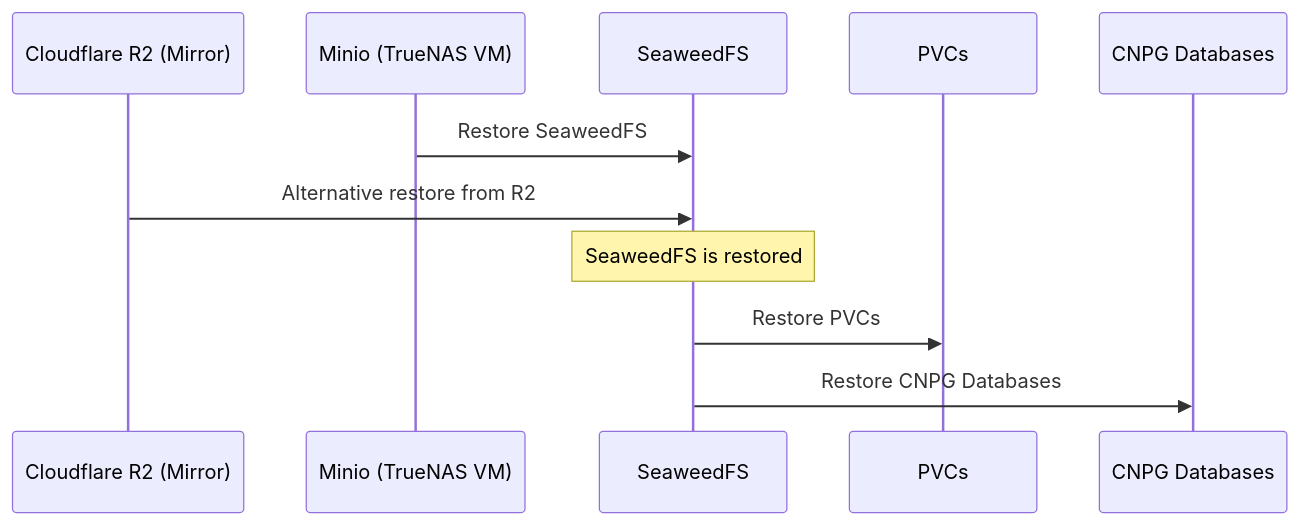
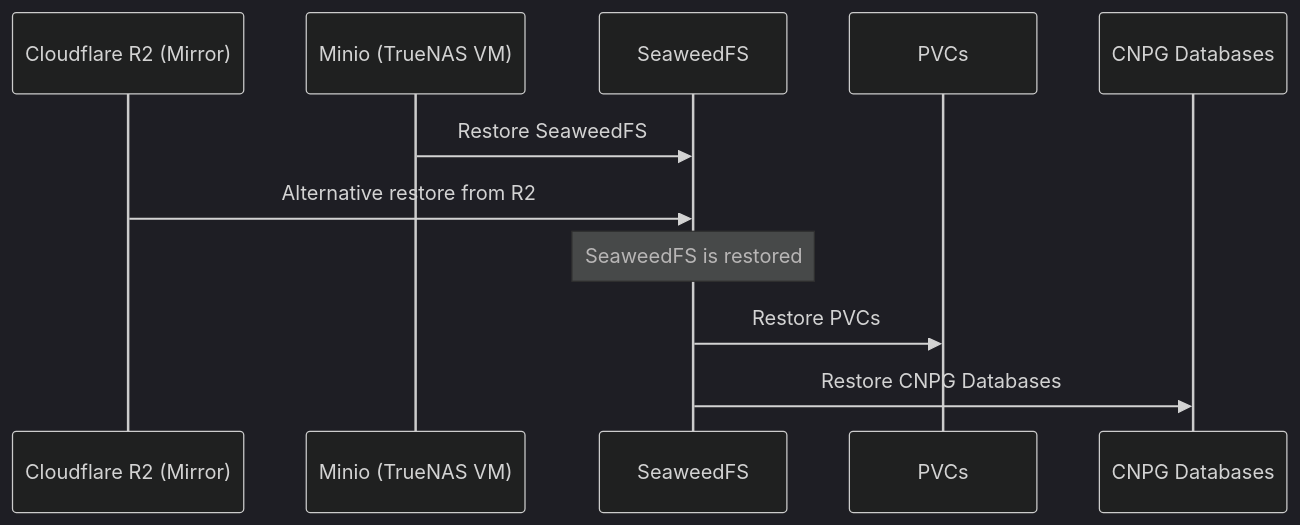
Before and after one commit to blake-hamm/bhamm-lab: the second of 2 diagrams in docker/docs-site/docs/backups/index.md, drawn with Mermaid.

Commit message:
Adjust theme for data recovery mermaid diagram

````diff
--- a/docker/docs-site/docs/backups/index.md
+++ b/docker/docs-site/docs/backups/index.md
@@ -33,14 +33,18 @@
 ```mermaid
+---
+config:
+  theme: 'dark'
+---
 sequenceDiagram
     participant r2 as Cloudflare R2 (Mirror)
     participant minio as Minio (TrueNAS VM)
     participant swfs as SeaweedFS
     participant pvc as PVCs
     participant cnpg as CNPG Databases
 
     minio->>swfs: Restore SeaweedFS
     r2->>swfs: Alternative restore from R2
     Note over swfs: SeaweedFS is restored
     swfs->>pvc: Restore PVCs
     swfs->>cnpg: Restore CNPG Databases
 ```
````
